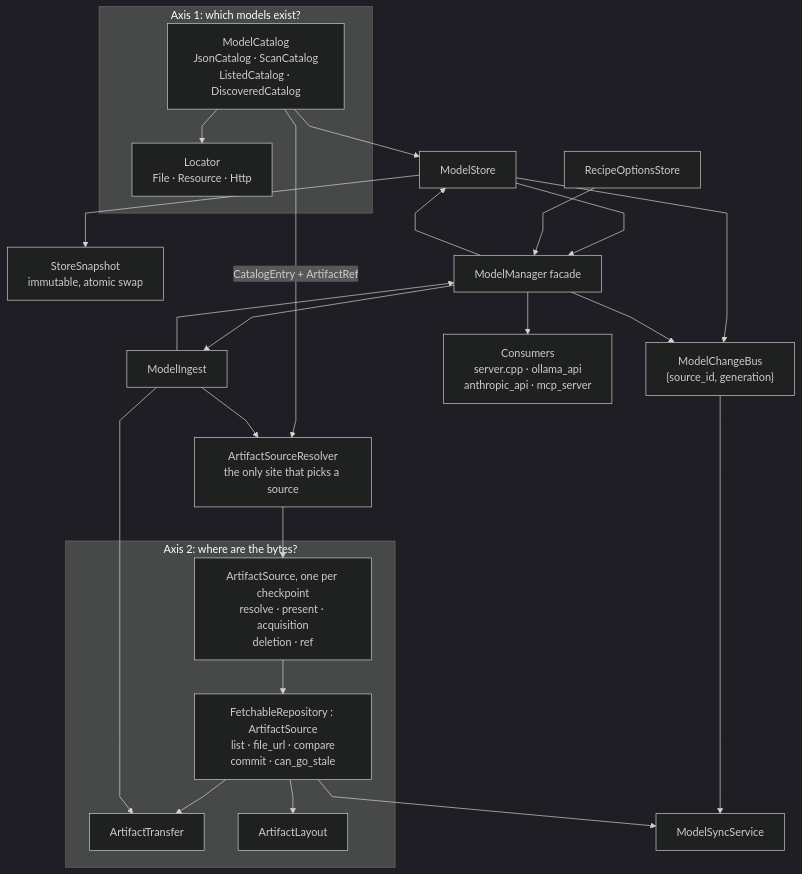
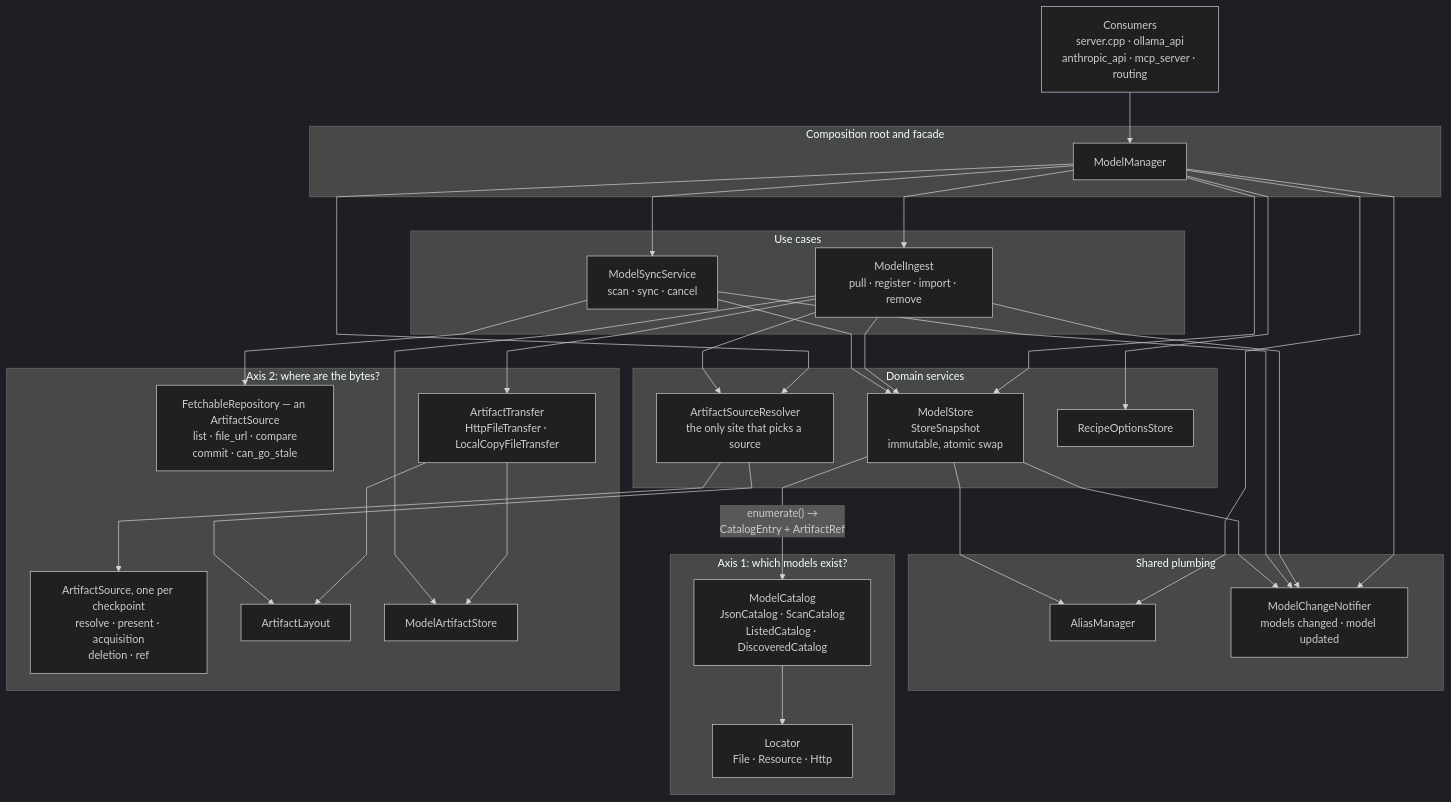
The diagram in docs/dev/specs/model-management.md (sjmaple/cr-lemonade), drawn with Mermaid (dark theme) before and after one commit. The commit also changed other lines of this file, not shown here.

````diff
--- a/docs/dev/specs/model-management.md
+++ b/docs/dev/specs/model-management.md
@@ -54,34 +72,63 @@
 ```mermaid
 %%{init: {"flowchart": {"curve": "linear"}}}%%
 flowchart TD
+  CONS["Consumers<br/>server.cpp · ollama_api<br/>anthropic_api · mcp_server · routing"]
+
+  subgraph L1["Composition root and facade"]
+    FAC["ModelManager"]
+  end
+
+  subgraph L2["Use cases"]
+    ING["ModelIngest<br/>pull · register · import · remove"]
+    SYNC["ModelSyncService<br/>scan · sync · cancel"]
+  end
+
+  subgraph L3["Domain services"]
+    ST["ModelStore<br/>StoreSnapshot<br/>immutable, atomic swap"]
+    RES["ArtifactSourceResolver<br/>the only site that picks a source"]
+    RO["RecipeOptionsStore"]
+  end
+
+  subgraph L4["Shared plumbing"]
+    ALI["AliasManager"]
+    NOT["ModelChangeNotifier<br/>models changed · model updated"]
+  end
+
   subgraph A1["Axis 1: which models exist?"]
     CAT["ModelCatalog<br/>JsonCatalog · ScanCatalog<br/>ListedCatalog · DiscoveredCatalog"]
     LOC["Locator<br/>File · Resource · Http"]
     CAT --> LOC
   end
+
   subgraph A2["Axis 2: where are the bytes?"]
     AS["ArtifactSource, one per checkpoint<br/>resolve · present · acquisition<br/>deletion · ref"]
-    FR["FetchableRepository : ArtifactSource<br/>list · file_url · compare<br/>commit · can_go_stale"]
-    AS --> FR
-    TE["ArtifactTransfer"]
+    FR["FetchableRepository — an ArtifactSource<br/>list · file_url · compare<br/>commit · can_go_stale"]
+    TE["ArtifactTransfer<br/>HttpFileTransfer · LocalCopyFileTransfer"]
     LA["ArtifactLayout"]
-    FR --> TE
-    FR --> LA
+    ART["ModelArtifactStore"]
+    TE --> LA
+    TE --> ART
   end
-  CAT -->|"CatalogEntry + ArtifactRef"| RES["ArtifactSourceResolver<br/>the only site that picks a source"]
+
+  CONS --> FAC
+  FAC --> ING
+  FAC --> SYNC
+  FAC --> ST
+  FAC --> RES
+  FAC --> RO
+  FAC --> ALI
+  FAC --> NOT
+  ING --> ST
+  ING --> RES
+  ING --> TE
+  ING --> ART
+  ING --> NOT
+  SYNC --> ST
+  SYNC --> FR
+  SYNC --> NOT
+  ST -->|"enumerate() →<br/>CatalogEntry + ArtifactRef"| CAT
+  ST --> ALI
+  ST --> NOT
   RES --> AS
-  CAT --> ST["ModelStore"]
-  ST --> SNAP["StoreSnapshot<br/>immutable, atomic swap"]
-  ST --> BUS["ModelChangeBus<br/>{source_id, generation}"]
-  BUS --> SYNC["ModelSyncService"]
-  FR --> SYNC
-  ING["ModelIngest"] --> RES
-  ING --> TE
-  FAC["ModelManager facade"] --> ST
-  FAC --> ING
-  FAC --> BUS
-  ST --> FAC
-  ING --> FAC
-  RO["RecipeOptionsStore"] --> FAC
-  FAC --> CONS["Consumers<br/>server.cpp · ollama_api<br/>anthropic_api · mcp_server"]
+  RES --> LA
 ```
````
